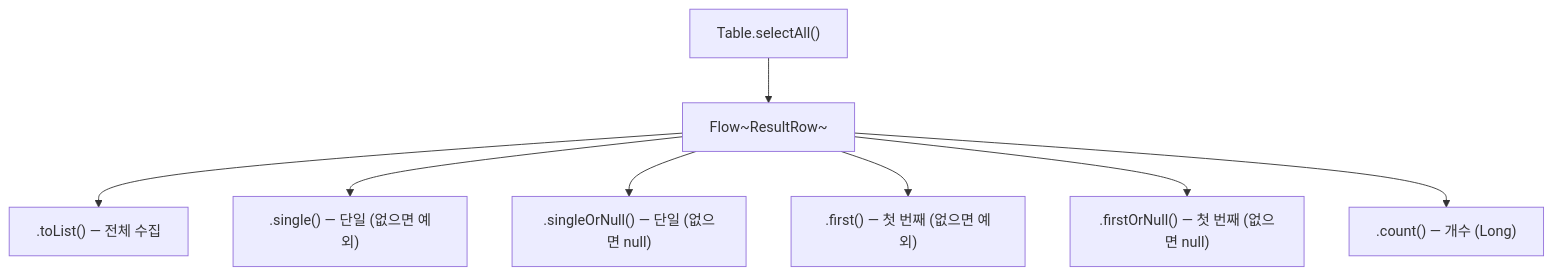
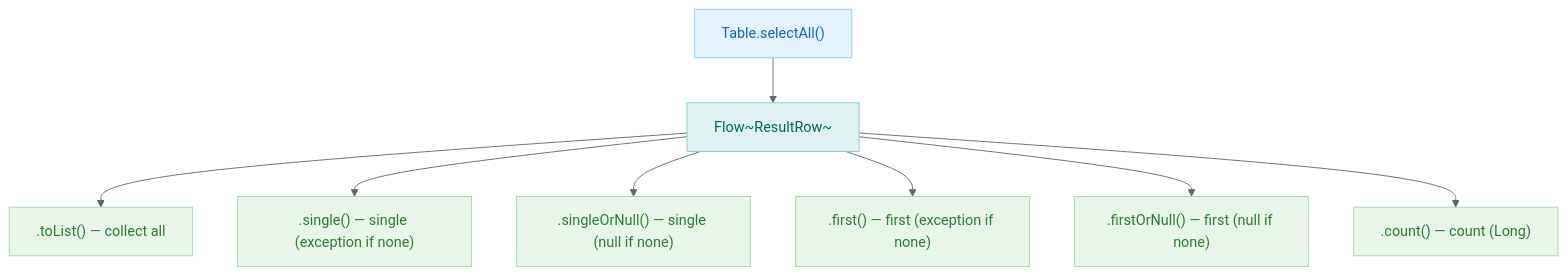
One commit to bluetape4k/exposed-r2dbc-workshop changed the second of 3 diagrams in 08-r2dbc-coroutines/01-exposed-r2dbc-coroutines-basic/README.md. Above: the diagram before and after it, drawn with Mermaid. The commit also changed other lines of this file and 63 other files, not shown here.

First line of the commit message:
docs: 전 모듈 README Mermaid UML 추가 및 영/한 이중화

````diff
--- a/08-r2dbc-coroutines/01-exposed-r2dbc-coroutines-basic/README.md
+++ b/08-r2dbc-coroutines/01-exposed-r2dbc-coroutines-basic/README.md
@@ -48,10 +50,18 @@
 ```mermaid
+%%{init: {"theme": "neutral"}}%%
 flowchart TD
     Q["Table.selectAll()"] --> F["Flow~ResultRow~"]
-    F --> L[".toList() — 전체 수집"]
-    F --> S[".single() — 단일 (없으면 예외)"]
-    F --> SN[".singleOrNull() — 단일 (없으면 null)"]
-    F --> FI[".first() — 첫 번째 (없으면 예외)"]
-    F --> FN[".firstOrNull() — 첫 번째 (없으면 null)"]
-    F --> C[".count() — 개수 (Long)"]
+    F --> L[".toList() — collect all"]
+    F --> S[".single() — single (exception if none)"]
+    F --> SN[".singleOrNull() — single (null if none)"]
+    F --> FI[".first() — first (exception if none)"]
+    F --> FN[".firstOrNull() — first (null if none)"]
+    F --> C[".count() — count (Long)"]
+
+    classDef blue   fill:#E3F2FD,stroke:#90CAF9,color:#1565C0
+    classDef green  fill:#E8F5E9,stroke:#A5D6A7,color:#2E7D32
+    classDef teal   fill:#E0F2F1,stroke:#80CBC4,color:#00695C
+    class Q blue
+    class F teal
+    class L,S,SN,FI,FN,C green
 ```
````
